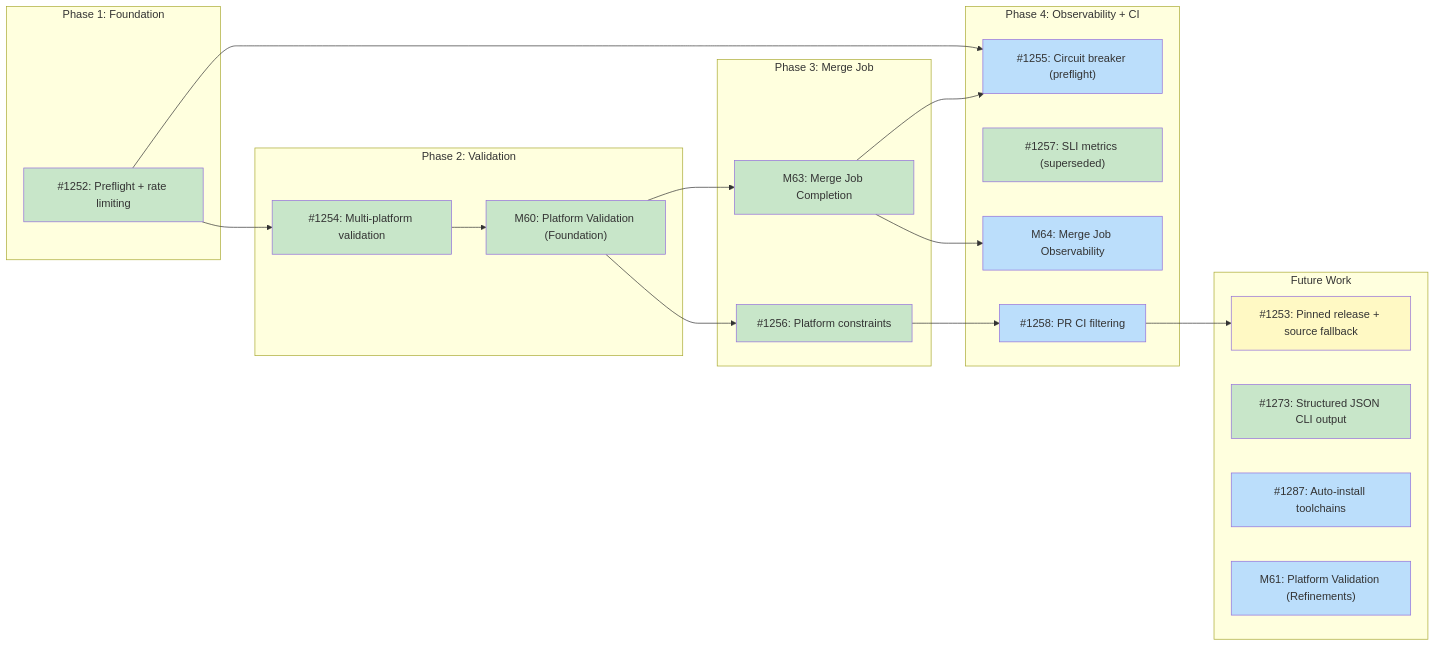
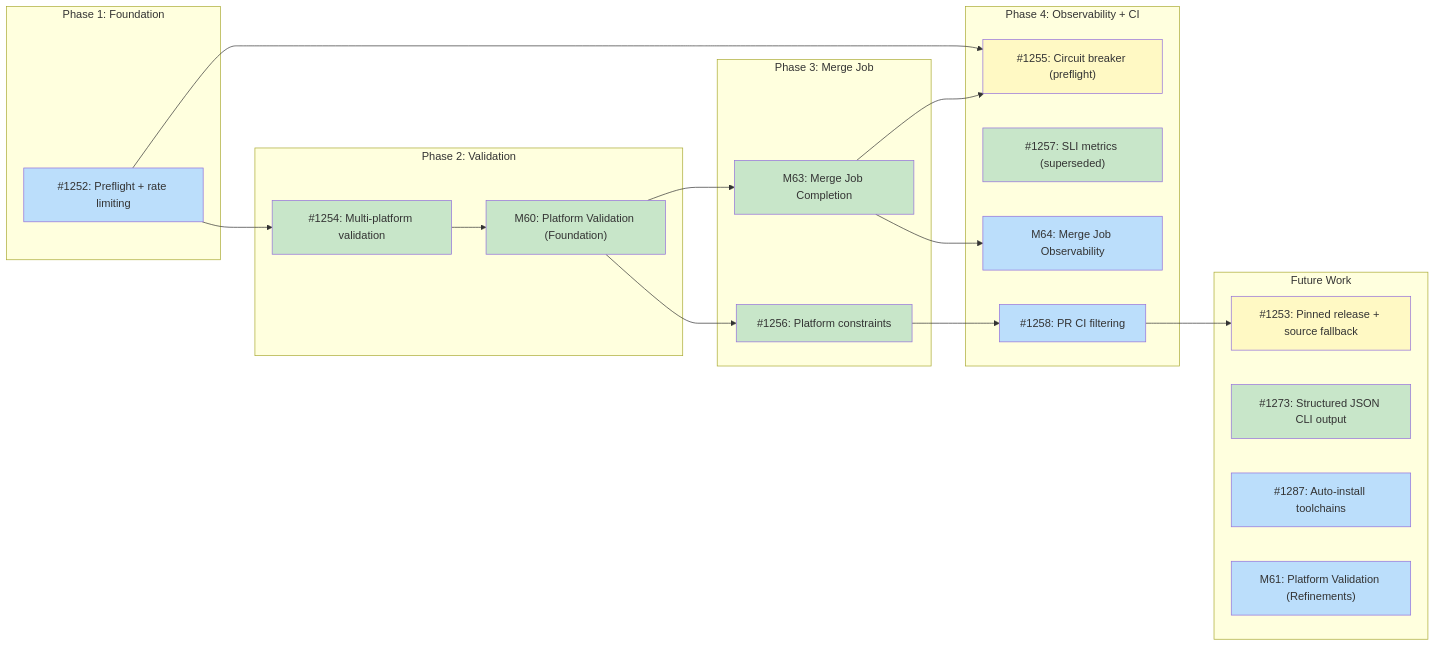
One commit to tsukumogami/tsuku changed the diagram in docs/designs/DESIGN-batch-recipe-generation.md. Above: the diagram before and after it, drawn with Mermaid. The commit also changed other lines of this file, not shown here.

Commit message:
fix(docs): revert premature #1252 done status in diagram

````diff
--- a/docs/designs/DESIGN-batch-recipe-generation.md
+++ b/docs/designs/DESIGN-batch-recipe-generation.md
@@ -34,54 +34,53 @@
 ```mermaid
 graph LR
     subgraph Phase1["Phase 1: Foundation"]
         I1252["#1252: Preflight + rate limiting"]
     end
 
     subgraph Phase2["Phase 2: Validation"]
         I1254["#1254: Multi-platform validation"]
         M60["M60: Platform Validation (Foundation)"]
     end
 
     subgraph Phase3["Phase 3: Merge Job"]
         I1256["#1256: Platform constraints"]
         M63["M63: Merge Job Completion"]
     end
 
     subgraph Phase4["Phase 4: Observability + CI"]
         I1255["#1255: Circuit breaker (preflight)"]
         I1257["#1257: SLI metrics (superseded)"]
         M64["M64: Merge Job Observability"]
         I1258["#1258: PR CI filtering"]
     end
 
     subgraph Future["Future Work"]
         I1253["#1253: Pinned release + source fallback"]
         I1273["#1273: Structured JSON CLI output"]
         I1287["#1287: Auto-install toolchains"]
         M61["M61: Platform Validation (Refinements)"]
     end
 
     I1252 --> I1254
     I1254 --> M60
     M60 --> I1256
     M60 --> M63
     I1256 --> I1258
     I1258 --> I1253
     M63 --> I1255
     I1252 --> I1255
     M63 --> M64
 
     classDef done fill:#c8e6c9
     classDef ready fill:#bbdefb
     classDef blocked fill:#fff9c4
     classDef needsDesign fill:#e1bee7
 
     class I1254,I1273,I1257 done
     class M60,I1256 done
     class M63 done
-    class I1252 done
-    class I1287,M61,I1255 ready
-    class I1253 blocked
+    class I1287,M61,I1252 ready
+    class I1253,I1255 blocked
     class M64 ready
     class I1258 ready
 ```
````
